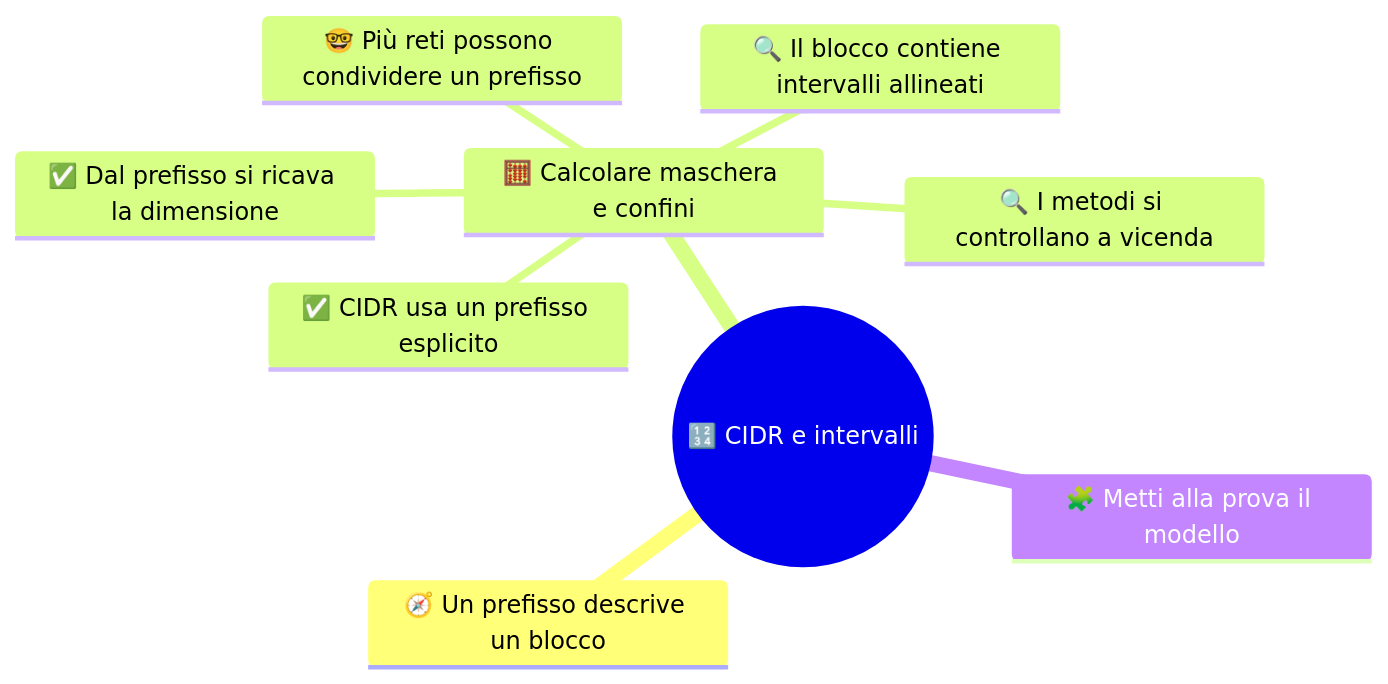
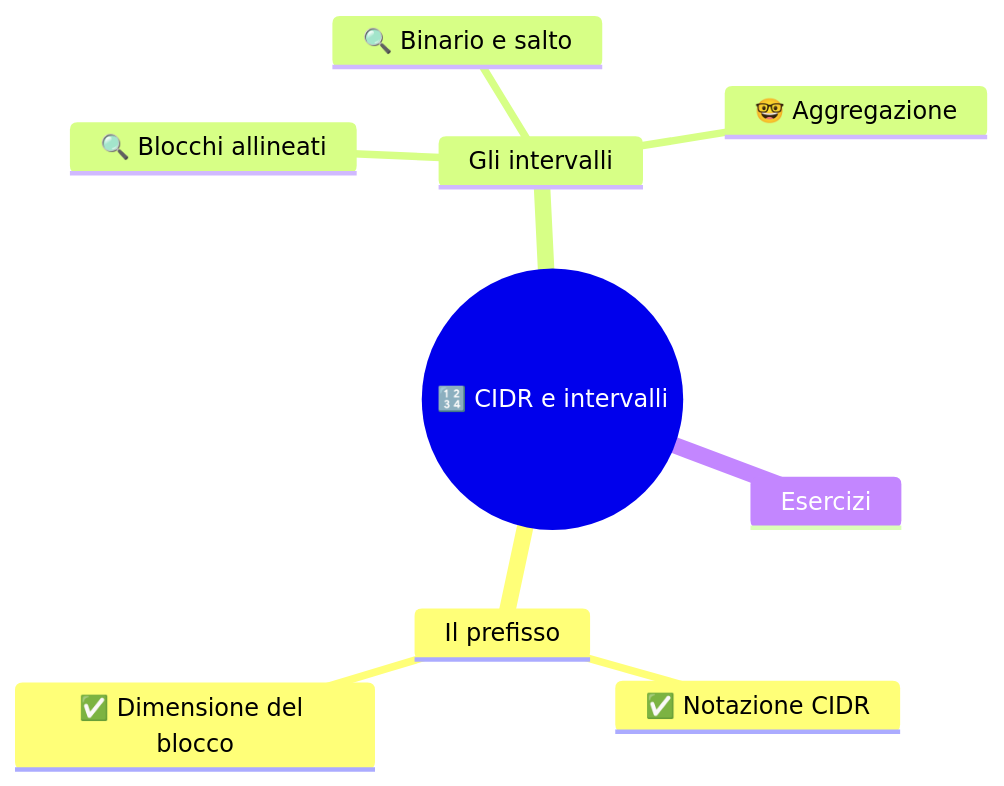
Before and after one commit to Neeqstock/dispense-caramuel: the diagram in 4DI - Sistemi e Reti/1 SETT-OTT/(STU) 4DI sett-ott S5 - CIDR e intervalli.md, drawn with Mermaid. The commit also changed other lines of this file and 19 other files, not shown here.

Commit message:
4DI, mermaid

````diff
--- a/4DI - Sistemi e Reti/1 SETT-OTT/(STU) 4DI sett-ott S5 - CIDR e intervalli.md
+++ b/4DI - Sistemi e Reti/1 SETT-OTT/(STU) 4DI sett-ott S5 - CIDR e intervalli.md
@@ -7,12 +13,12 @@
 ```mermaid
 mindmap
   root((🔢 CIDR e intervalli))
-    🧭 Un prefisso descrive un blocco
-    🧮 Calcolare maschera e confini
-      ✅ CIDR usa un prefisso esplicito
-      ✅ Dal prefisso si ricava la dimensione
-      🔍 Il blocco contiene intervalli allineati
-      🔍 I metodi si controllano a vicenda
-      🤓 Più reti possono condividere un prefisso
-    🧩 Metti alla prova il modello
+    Il prefisso
+      ✅ Notazione CIDR
+      ✅ Dimensione del blocco
+    Gli intervalli
+      🔍 Blocchi allineati
+      🔍 Binario e salto
+      🤓 Aggregazione
+    Esercizi
 ```
````
